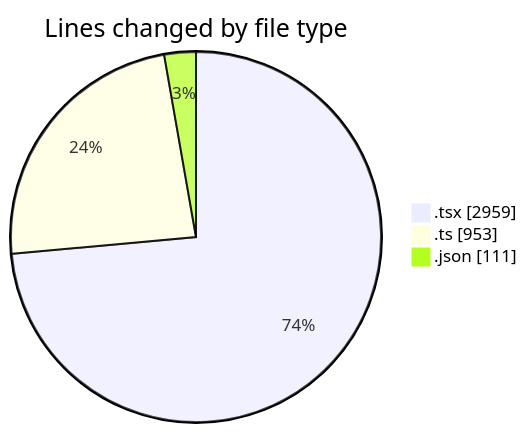
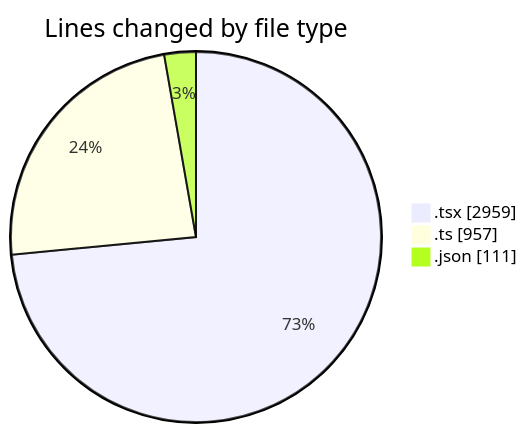
Before and after one commit to julien-gomy/code-tracking: the first of 2 diagrams in 2025-11-08/eventscop-frontend-guide__workspace_/README.md, drawn with Mermaid. The commit also changed other lines of this file and 1 other file, not shown here.

````diff
--- a/2025-11-08/eventscop-frontend-guide__workspace_/README.md
+++ b/2025-11-08/eventscop-frontend-guide__workspace_/README.md
@@ -53,7 +53,7 @@
 ```mermaid
 pie showData
 title Lines changed by file type
 ".tsx" : 2959
-".ts" : 953
+".ts" : 957
 ".json" : 111
 ```
````
